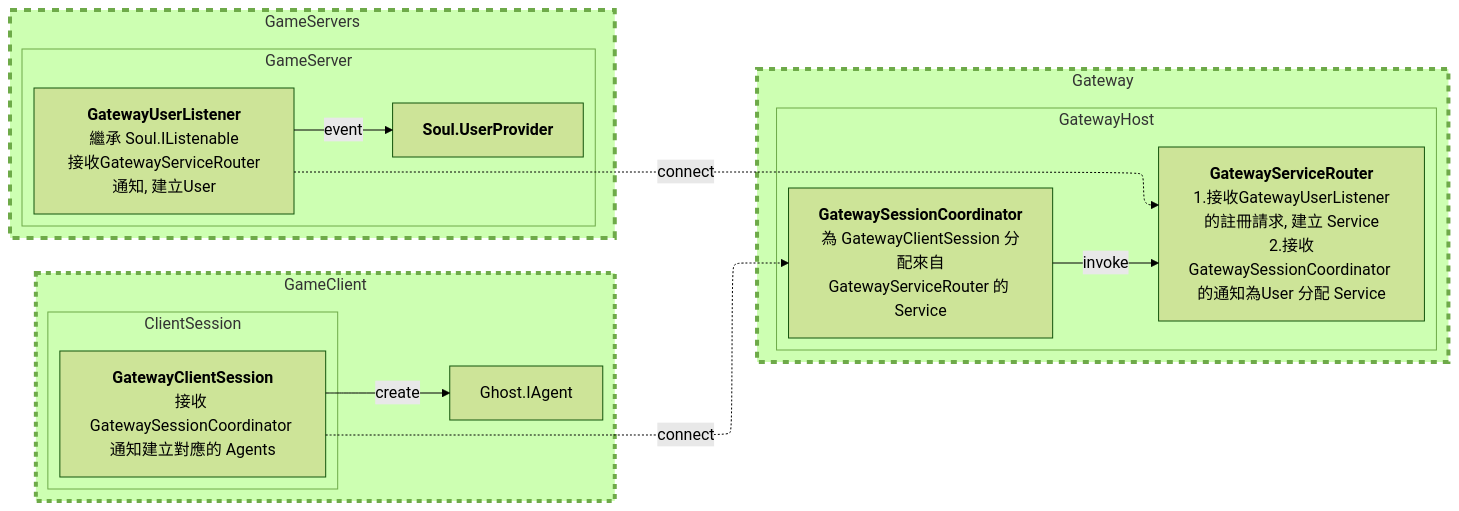
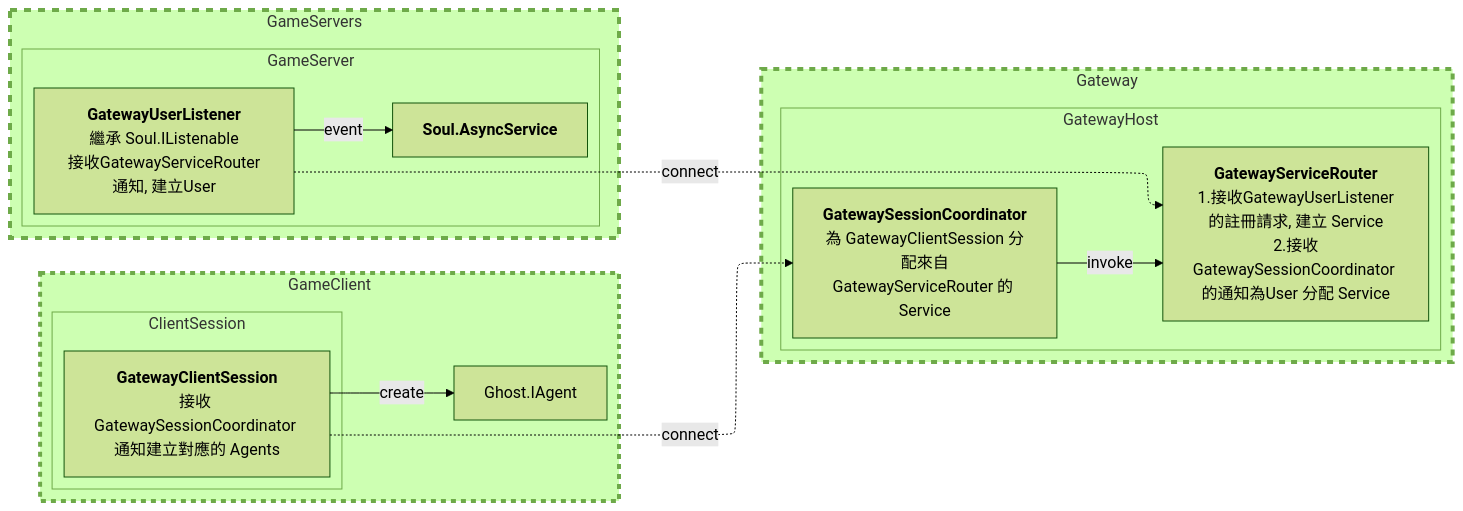
One commit to jiowchern/PinionCore.Remote changed the second of 6 diagrams in PinionCore.Remote.Gateway/design.md. Above: the diagram before and after it, drawn with Mermaid (forest theme). The commit also changed other lines of this file and 19 other files, not shown here.

````diff
--- a/PinionCore.Remote.Gateway/design.md
+++ b/PinionCore.Remote.Gateway/design.md
@@ -27,40 +27,40 @@
 ```mermaid
 ---
 config:
   layout: elk  
 ---
 flowchart LR
  subgraph GatewayHost["GatewayHost"]
         GatewaySessionCoordinator@{ label: "<b>GatewaySessionCoordinator<br></b>為 GatewayClientSession 分配來自<b></b><span style=\"font-weight:\">GatewayServiceRouter 的 Service</span>" }
         GatewayServiceRouter@{ label: "<b>GatewayServiceRouter</b><br>1.接收<span style=\"--tw-scale-x:\">GatewayUserListener的註冊請求, 建立 Service</span><br>2.接收<span style=\"--tw-scale-x:\">GatewaySessionCoordinator 的通知為User 分配 Service</span><br>" }
   end
  subgraph ClientSession["ClientSession"]
         GatewayClientSession["<b>GatewayClientSession</b><br>接收 GatewaySessionCoordinator 通知建立對應的 Agents"]
   end
  subgraph GameClient["GameClient"]
         Agent["Ghost.IAgent"]
         ClientSession
   end
  subgraph Gateway["Gateway"]
         GatewayHost
   end
  subgraph GameServers["GameServers"]
         GameServer["GameServer2"]
   end
  subgraph GameServer["GameServer"]
-        UserProvider["<b>Soul.UserProvider</b>"]
+        AsyncService["<b>Soul.AsyncService</b>"]
         GatewayUserListener@{ label: "<b>GatewayUserListener</b><br>繼承 Soul.IListenable<br>接收<span style=\"font-weight:\">GatewayServiceRouter通知, 建立User</span>" }
   end
     GatewayClientSession -. connect .-> GatewaySessionCoordinator
     GatewayClientSession -- create --> Agent
     GatewaySessionCoordinator -- invoke --> GatewayServiceRouter
-    GatewayUserListener -- event --> UserProvider
+    GatewayUserListener -- event --> AsyncService
     GatewayUserListener -. connect .-> GatewayServiceRouter
     GatewaySessionCoordinator@{ shape: rect}
     GatewayServiceRouter@{ shape: rect}
     GatewayUserListener@{ shape: rect}
     style GameClient stroke-width:4px,stroke-dasharray: 5
     style Gateway stroke-width:4px,stroke-dasharray: 6
     style GameServers stroke-width:4px,stroke-dasharray: 7
 
 ```
````
